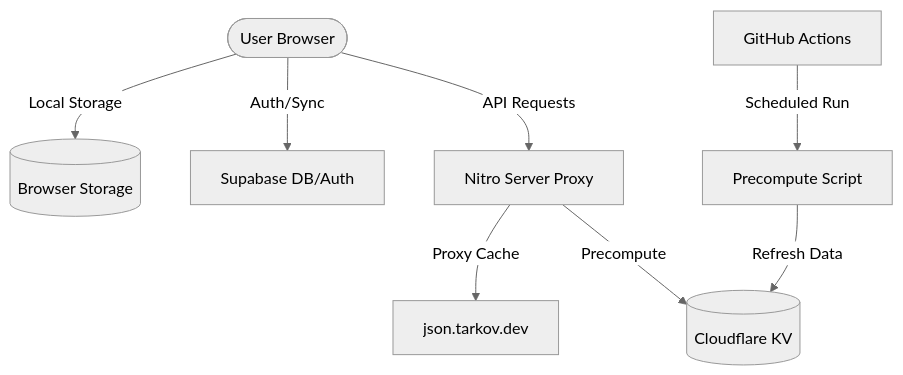
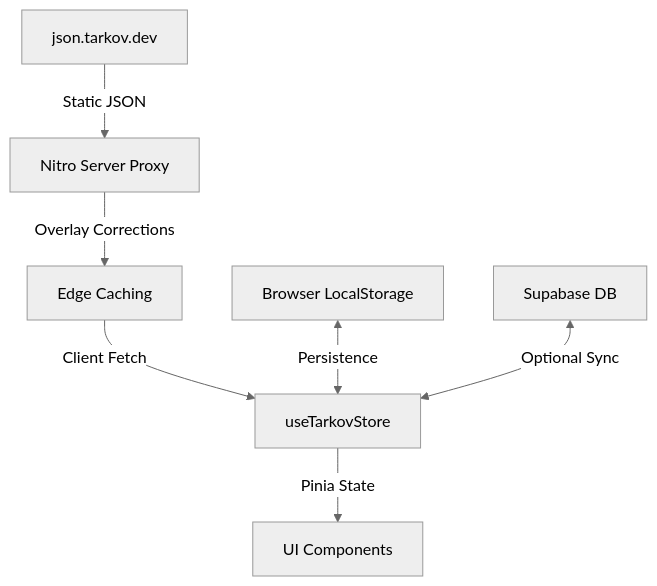
Before and after one commit to tarkovtracker-org/TarkovTracker: the diagram in .cubic/wiki/01-section-overview/01-page-intro.md, drawn with Mermaid (neutral theme). The commit also changed other lines of this file and 54 other files, not shown here.

````diff
--- a/.cubic/wiki/01-section-overview/01-page-intro.md
+++ b/.cubic/wiki/01-section-overview/01-page-intro.md
@@ -43,10 +41,9 @@
 ```mermaid
-graph TD
-    User([User Browser]) -->|Local Storage| LS[(Browser Storage)]
-    User -->|Auth/Sync| Supabase[Supabase DB/Auth]
-    User -->|API Requests| Nitro[Nitro Server Proxy]
-    Nitro -->|Proxy Cache| TarkovDev[json.tarkov.dev]
-    Nitro -->|Precompute| KV[(Cloudflare KV)]
-    GHA[GitHub Actions] -->|Scheduled Run| GHA_Script[Precompute Script]
-    GHA_Script -->|Refresh Data| KV
+flowchart TD
+    A[json.tarkov.dev] -->|Static JSON| B[Nitro Server Proxy]
+    B -->|Overlay Corrections| C[Edge Caching]
+    C -->|Client Fetch| D[useTarkovStore]
+    D -->|Pinia State| E[UI Components]
+    F[Browser LocalStorage] <-->|Persistence| D
+    G[Supabase DB] <-->|Optional Sync| D
 ```
````
